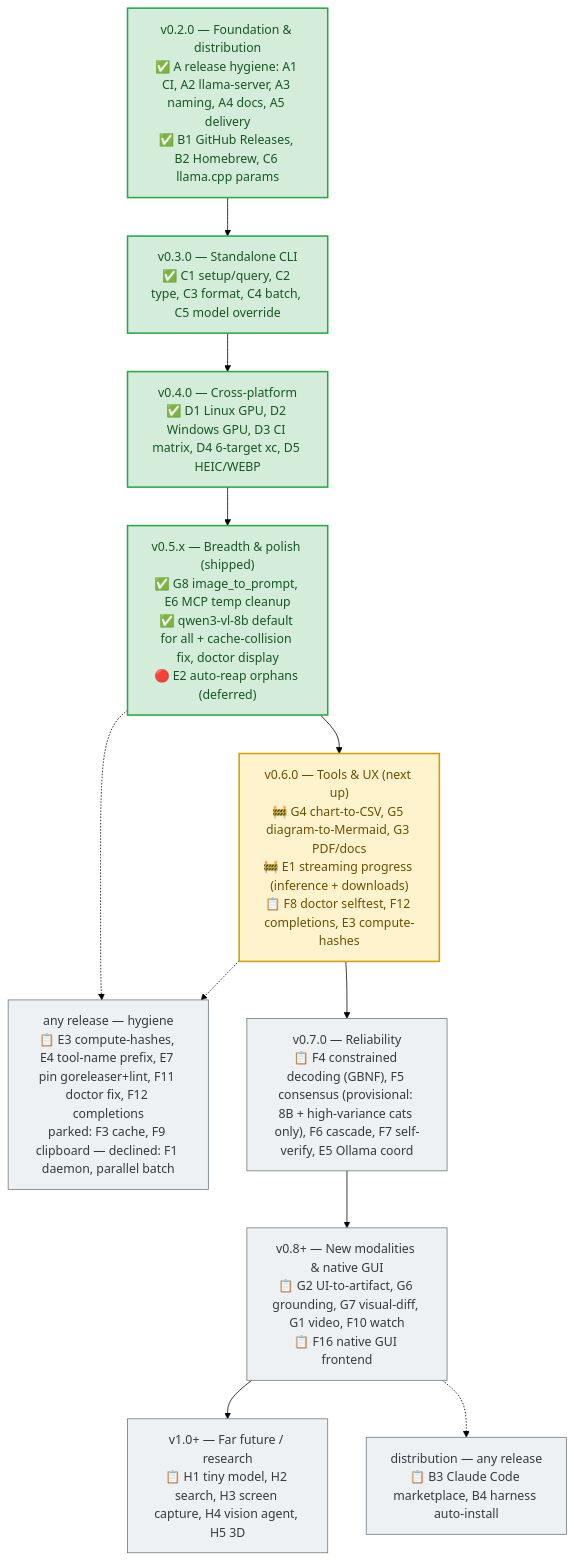
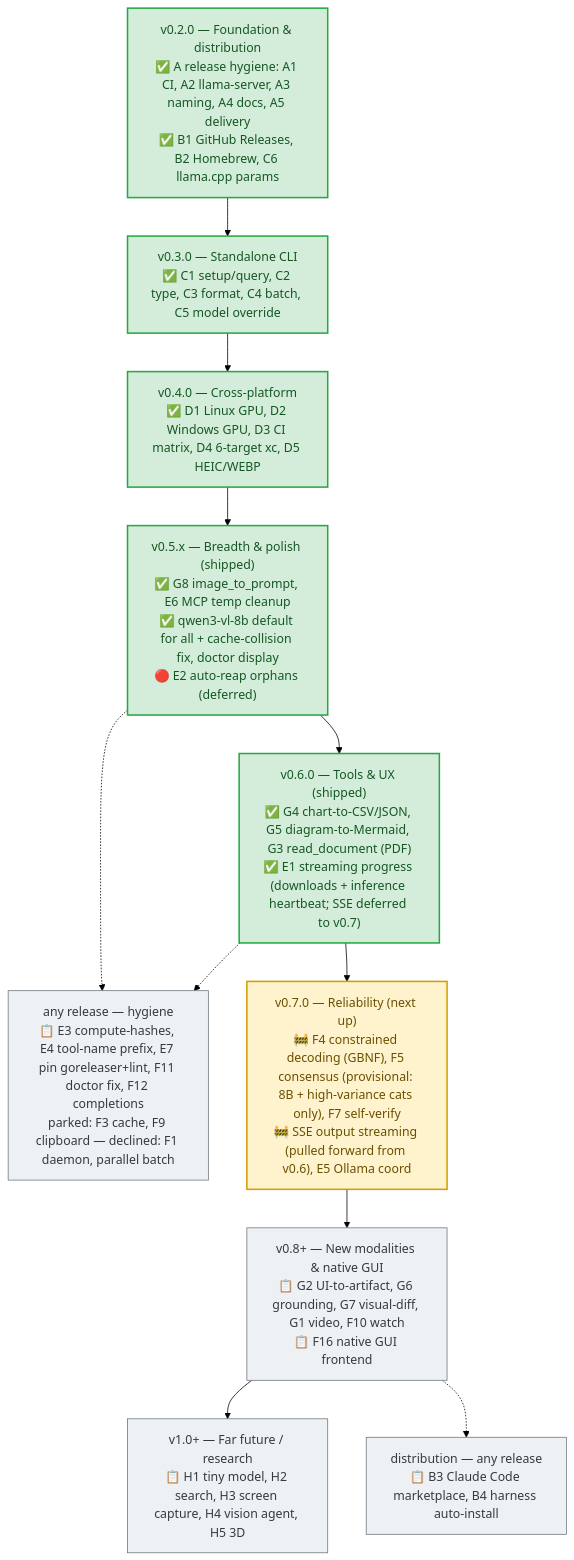
Before and after one commit to froggeric/llm: the diagram in mcp/localvision/ROADMAP.md, drawn with Mermaid (forest theme). The commit also changed other lines of this file and 10 other files, not shown here.

First line of the commit message:
localvision: docs/changelog/roadmap/readme → v0.6.0 (v0.6 p4)

````diff
--- a/mcp/localvision/ROADMAP.md
+++ b/mcp/localvision/ROADMAP.md
@@ -102,22 +111,22 @@
 ```mermaid
 flowchart TD
     classDef done fill:#d4edda,stroke:#28a745,color:#155724,stroke-width:2px
     classDef next fill:#fff3cd,stroke:#d39e00,color:#6b4f00,stroke-width:2px
     classDef planned fill:#eef1f3,stroke:#6c757d,color:#343a40
 
     V2["v0.2.0 — Foundation &amp; distribution<br/>✅ A release hygiene: A1 CI, A2 llama-server, A3 naming, A4 docs, A5 delivery<br/>✅ B1 GitHub Releases, B2 Homebrew, C6 llama.cpp params"]:::done
     V3["v0.3.0 — Standalone CLI<br/>✅ C1 setup/query, C2 type, C3 format, C4 batch, C5 model override"]:::done
     V4["v0.4.0 — Cross-platform<br/>✅ D1 Linux GPU, D2 Windows GPU, D3 CI matrix, D4 6-target xc, D5 HEIC/WEBP"]:::done
     V5["v0.5.x — Breadth &amp; polish (shipped)<br/>✅ G8 image_to_prompt, E6 MCP temp cleanup<br/>✅ qwen3-vl-8b default for all + cache-collision fix, doctor display<br/>🔴 E2 auto-reap orphans (deferred)"]:::done
-    V6["v0.6.0 — Tools &amp; UX (next up)<br/>🚧 G4 chart-to-CSV, G5 diagram-to-Mermaid, G3 PDF/docs<br/>🚧 E1 streaming progress (inference + downloads)<br/>📋 F8 doctor selftest, F12 completions, E3 compute-hashes"]:::next
+    V6["v0.6.0 — Tools &amp; UX (shipped)<br/>✅ G4 chart-to-CSV/JSON, G5 diagram-to-Mermaid, G3 read_document (PDF)<br/>✅ E1 streaming progress (downloads + inference heartbeat; SSE deferred to v0.7)"]:::done
     ANY["any release — hygiene<br/>📋 E3 compute-hashes, E4 tool-name prefix, E7 pin goreleaser+lint, F11 doctor fix, F12 completions<br/>parked: F3 cache, F9 clipboard — declined: F1 daemon, parallel batch"]:::planned
-    V7["v0.7.0 — Reliability<br/>📋 F4 constrained decoding (GBNF), F5 consensus (provisional: 8B + high-variance cats only), F6 cascade, F7 self-verify, E5 Ollama coord"]:::planned
+    V7["v0.7.0 — Reliability (next up)<br/>🚧 F4 constrained decoding (GBNF), F5 consensus (provisional: 8B + high-variance cats only), F7 self-verify<br/>🚧 SSE output streaming (pulled forward from v0.6), E5 Ollama coord"]:::next
     V8["v0.8+ — New modalities &amp; native GUI<br/>📋 G2 UI-to-artifact, G6 grounding, G7 visual-diff, G1 video, F10 watch<br/>📋 F16 native GUI frontend"]:::planned
     DIST["distribution — any release<br/>📋 B3 Claude Code marketplace, B4 harness auto-install"]:::planned
     V1["v1.0+ — Far future / research<br/>📋 H1 tiny model, H2 search, H3 screen capture, H4 vision agent, H5 3D"]:::planned
 
     V2 --> V3 --> V4 --> V5 --> V6 --> V7 --> V8 --> V1
     V5 -.-> ANY
     V6 -.-> ANY
     V8 -.-> DIST
 ```
````
